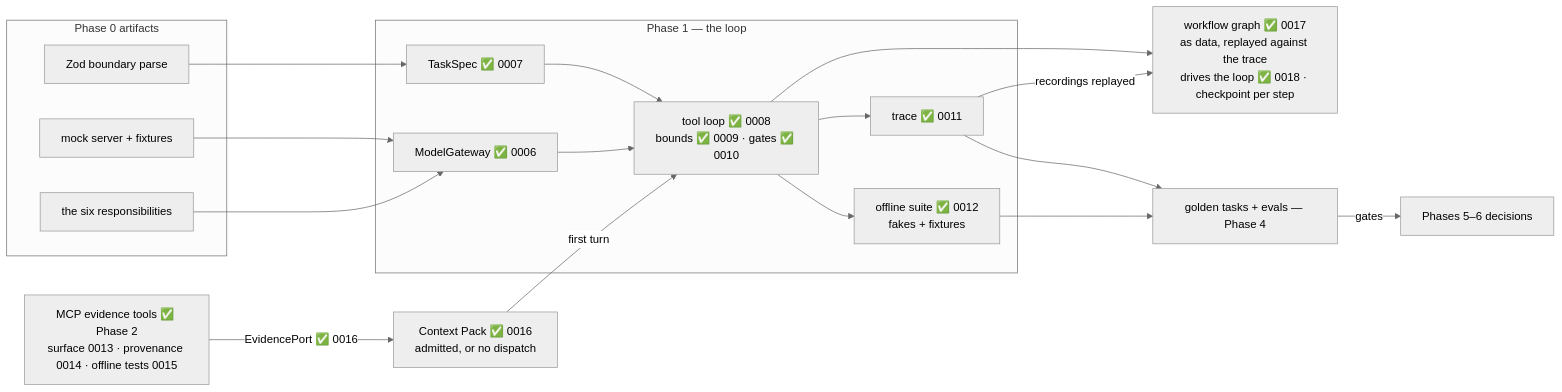
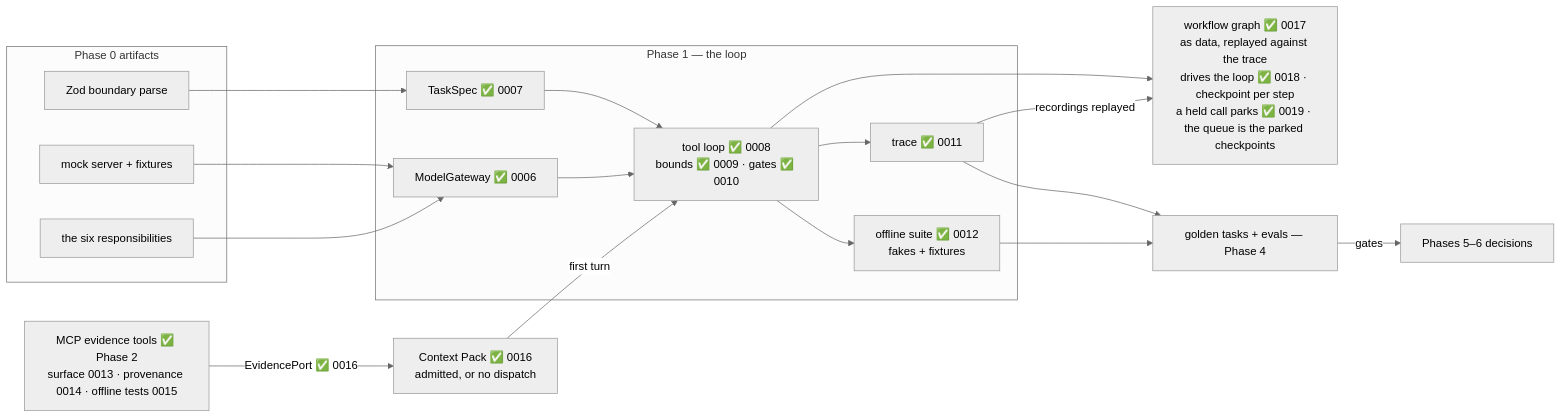
One commit to JozsefKiss90/TS changed the sixth of 6 diagrams in wiki/course/course-module-graph.md. Above: the diagram before and after it, drawn with Mermaid (neutral theme). The commit also changed other lines of this file and 15 other files, not shown here.

````diff
--- a/wiki/course/course-module-graph.md
+++ b/wiki/course/course-module-graph.md
@@ -115,29 +115,29 @@
 ```mermaid
 flowchart LR
     subgraph PH0["Phase 0 artifacts"]
         MOCK["mock server + fixtures"]
         SIX["the six responsibilities"]
         ZOD["Zod boundary parse"]
     end
     subgraph PH1["Phase 1 — the loop"]
         GWY["ModelGateway ✅ 0006"]
         SPEC["TaskSpec ✅ 0007"]
         TLOOP["tool loop ✅ 0008<br/>bounds ✅ 0009 · gates ✅ 0010"]
         TR["trace ✅ 0011"]
         TESTS["offline suite ✅ 0012<br/>fakes + fixtures"]
     end
     MOCK --> GWY
     SIX --> GWY
     ZOD --> SPEC
     SPEC --> TLOOP
     GWY --> TLOOP
     TLOOP --> TR
     TLOOP --> TESTS
     EV["MCP evidence tools ✅ Phase 2<br/>surface 0013 · provenance 0014 · offline tests 0015"] -->|"EvidencePort ✅ 0016"| PACK["Context Pack ✅ 0016<br/>admitted, or no dispatch"]
     PACK -->|"first turn"| TLOOP
-    TLOOP --> WG["workflow graph ✅ 0017<br/>as data, replayed against the trace<br/>drives the loop ✅ 0018 · checkpoint per step"]
+    TLOOP --> WG["workflow graph ✅ 0017<br/>as data, replayed against the trace<br/>drives the loop ✅ 0018 · checkpoint per step<br/>a held call parks ✅ 0019 · the queue is the parked checkpoints"]
     TR -->|"recordings replayed"| WG
     TR --> EVAL["golden tasks + evals — Phase 4"]
     TESTS --> EVAL
     EVAL -->|"gates"| P5P6["Phases 5–6 decisions"]
 ```
````
